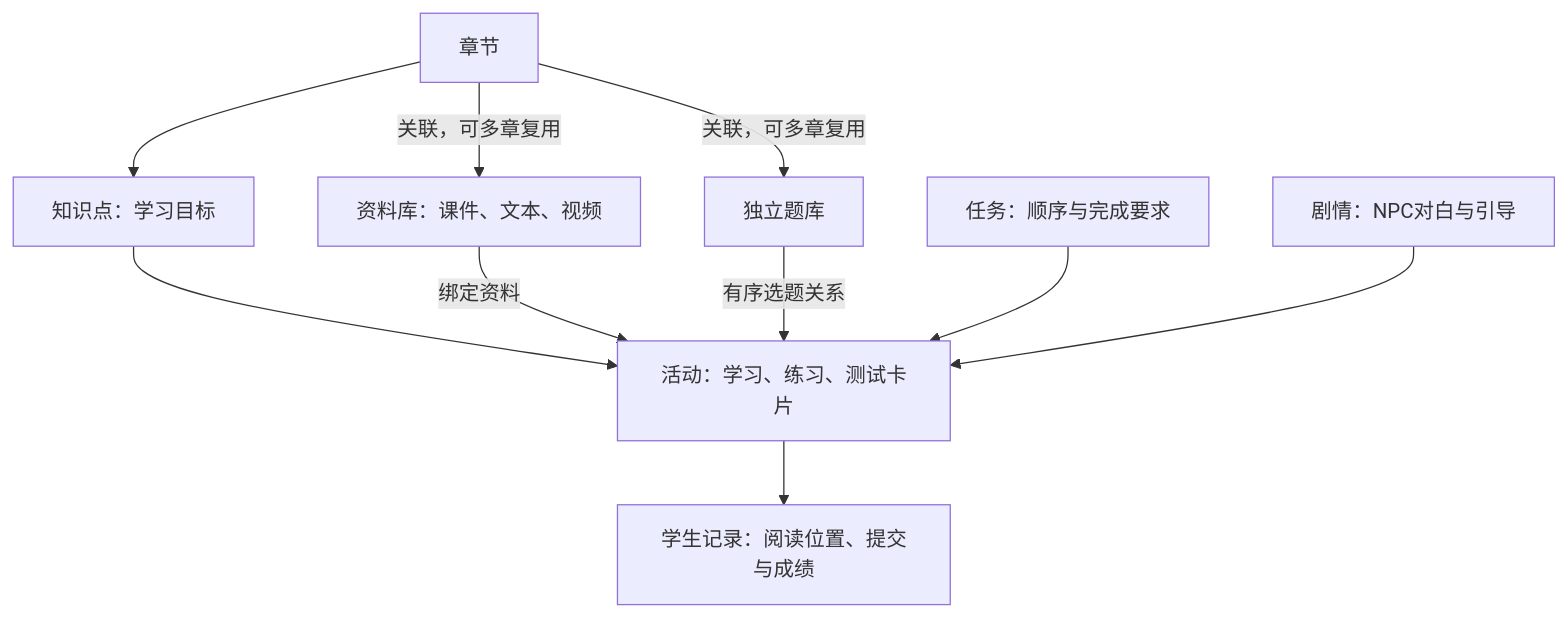
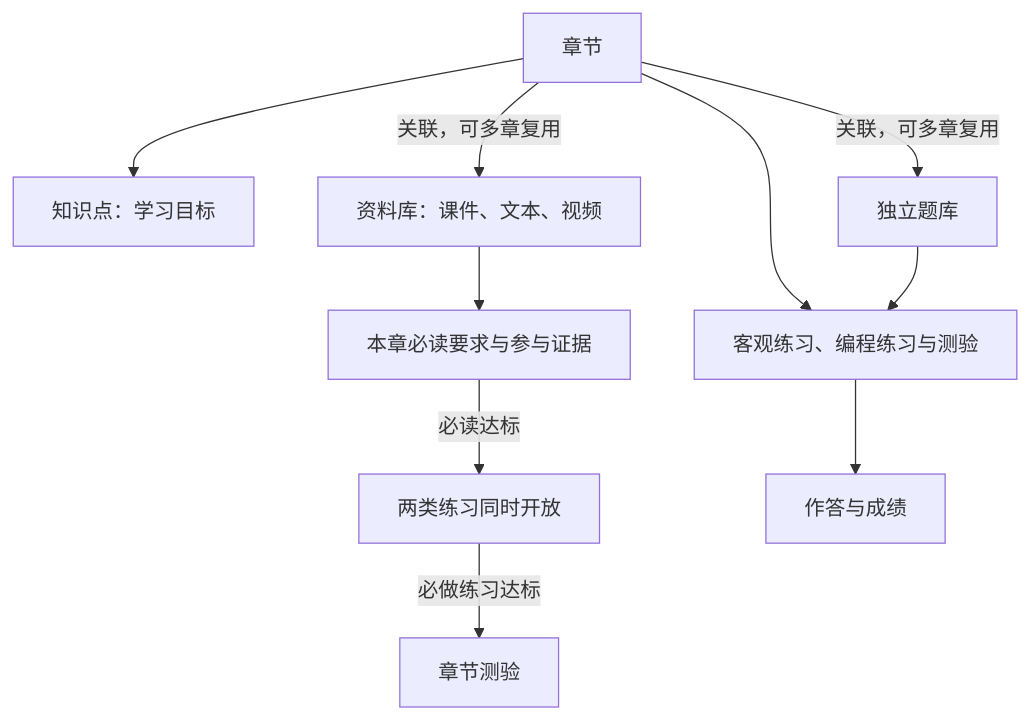
One commit to LangYiSheng/python-play-tutor changed the diagram in docs/architecture.md. Above: the diagram before and after it, drawn with Mermaid. The commit also changed other lines of this file and 344 other files, not shown here.

````diff
--- a/docs/architecture.md
+++ b/docs/architecture.md
@@ -27,12 +27,12 @@
 ```mermaid
 flowchart TD
     Chapter[章节] --> KC[知识点：学习目标]
     Chapter -->|关联，可多章复用| Material[资料库：课件、文本、视频]
     Chapter -->|关联，可多章复用| Question[独立题库]
-    KC --> Activity[活动：学习、练习、测试卡片]
-    Material -->|绑定资料| Activity
-    Question -->|有序选题关系| Activity
-    Quest[任务：顺序与完成要求] --> Activity
-    Story[剧情：NPC对白与引导] --> Activity
-    Activity --> Progress[学生记录：阅读位置、提交与成绩]
+    Chapter --> Activity[客观练习、编程练习与测验]
+    Material --> Reading[本章必读要求与参与证据]
+    Question --> Activity
+    Reading -->|必读达标| Practice[两类练习同时开放]
+    Practice -->|必做练习达标| Exam[章节测验]
+    Activity --> Progress[作答与成绩]
 ```
````
